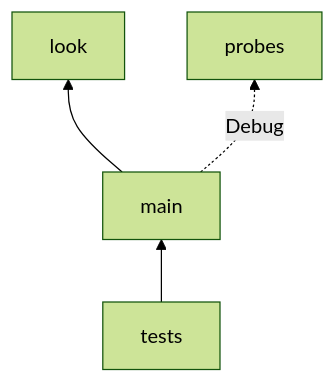
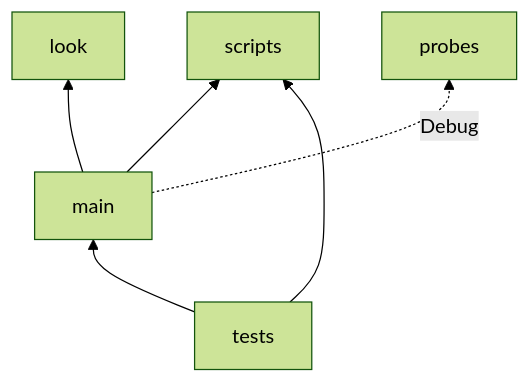
One commit to therighttrousers/bodycheck changed the diagram in game/architecture.md. Above: the diagram before and after it, drawn with Mermaid (forest theme). The commit also changed other lines of this file and 44 other files, not shown here.

````diff
--- a/game/architecture.md
+++ b/game/architecture.md
@@ -29,6 +31,8 @@
 ```mermaid
 graph BT
     main --> look
+    main --> scripts
     main -. Debug .-> probes
     tests --> main
+    tests --> scripts
 ```
````
